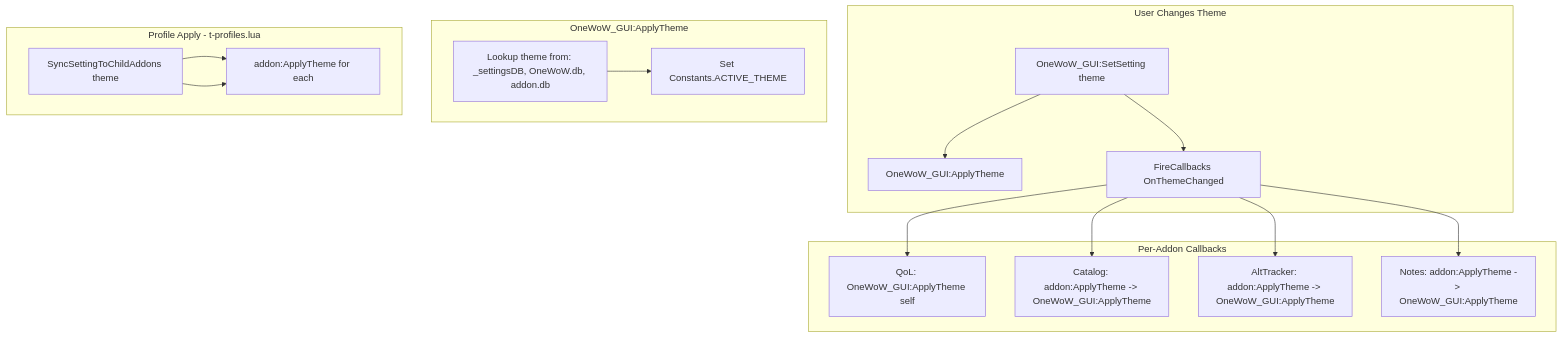
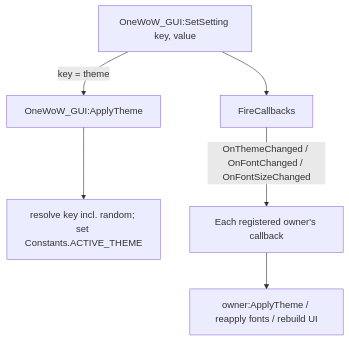
Before and after one commit to MichinMigugin/OneWoW_Suite: the second of 2 diagrams in OneWoW_Architecture.md, drawn with Mermaid. The commit also changed other lines of this file, not shown here.

Commit message:
Update OneWoW architecture documentation for settings change broadcast and font sizing.

````diff
--- a/OneWoW_Architecture.md
+++ b/OneWoW_Architecture.md
@@ -222,31 +237,9 @@
 ```mermaid
 flowchart TB
-    subgraph SettingsChange [User Changes Theme]
-        SetSetting[OneWoW_GUI:SetSetting theme]
-        SetSetting --> ApplyThemeLib[OneWoW_GUI:ApplyTheme]
-        SetSetting --> FireCallbacks[FireCallbacks OnThemeChanged]
-    end
-
-    subgraph OneWoW_GUI_ApplyTheme [OneWoW_GUI:ApplyTheme]
-        Lookup[Lookup theme from: _settingsDB, OneWoW.db, addon.db]
-        Lookup --> SetActive[Set Constants.ACTIVE_THEME]
-    end
-
-    subgraph AddonCallbacks [Per-Addon Callbacks]
-        QoL[QoL: OneWoW_GUI:ApplyTheme self]
-        Catalog[Catalog: addon:ApplyTheme -> OneWoW_GUI:ApplyTheme]
-        AltTracker[AltTracker: addon:ApplyTheme -> OneWoW_GUI:ApplyTheme]
-        Notes[Notes: addon:ApplyTheme -> OneWoW_GUI:ApplyTheme]
-    end
-
-    subgraph ProfileSync [Profile Apply - t-profiles.lua]
-        Sync[SyncSettingToChildAddons theme]
-        Sync --> AddonApply[addon:ApplyTheme for each]
-    end
-
-    FireCallbacks --> QoL
-    FireCallbacks --> Catalog
-    FireCallbacks --> AltTracker
-    FireCallbacks --> Notes
-    Sync --> AddonApply
+    SetSetting[OneWoW_GUI:SetSetting key, value]
+    SetSetting -->|key = theme| ApplyTheme[OneWoW_GUI:ApplyTheme]
+    SetSetting --> Fire[FireCallbacks]
+    ApplyTheme --> Active[resolve key incl. random; set Constants.ACTIVE_THEME]
+    Fire -->|OnThemeChanged / OnFontChanged / OnFontSizeChanged| Listeners[Each registered owner's callback]
+    Listeners --> Reapply[owner:ApplyTheme / reapply fonts / rebuild UI]
 ```
````
